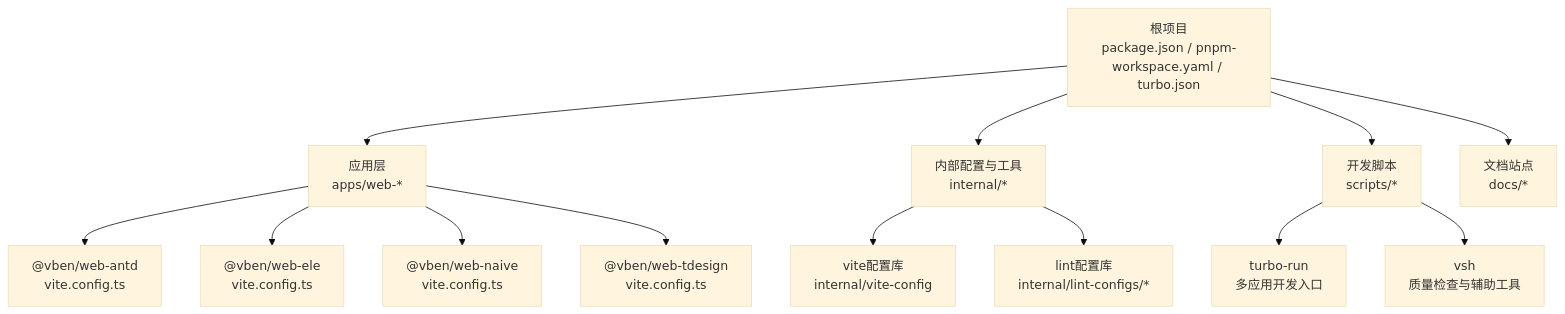
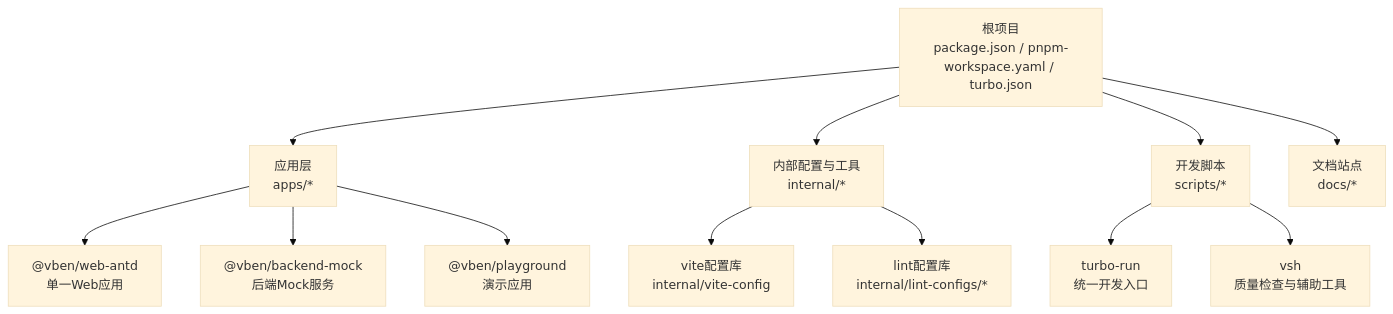
One commit to liuyinzhong/hive changed the first of 7 diagrams in .qoder/repowiki/zh/content/应用开发/开发工作流.md. Above: the diagram before and after it, drawn with Mermaid (base theme). The commit also changed other lines of this file and 6 other files, not shown here.

````diff
--- a/.qoder/repowiki/zh/content/应用开发/开发工作流.md
+++ b/.qoder/repowiki/zh/content/应用开发/开发工作流.md
@@ -37,15 +50,14 @@
 ```mermaid
 graph TB
-Root["根项目<br/>package.json / pnpm-workspace.yaml / turbo.json"] --> Apps["应用层<br/>apps/web-*"]
+Root["根项目<br/>package.json / pnpm-workspace.yaml / turbo.json"] --> Apps["应用层<br/>apps/*"]
 Root --> Internal["内部配置与工具<br/>internal/*"]
 Root --> Scripts["开发脚本<br/>scripts/*"]
 Root --> Docs["文档站点<br/>docs/*"]
-Apps --> WebAntd["@vben/web-antd<br/>vite.config.ts"]
-Apps --> WebEle["@vben/web-ele<br/>vite.config.ts"]
-Apps --> WebNaive["@vben/web-naive<br/>vite.config.ts"]
-Apps --> WebTDesign["@vben/web-tdesign<br/>vite.config.ts"]
+Apps --> WebAntd["@vben/web-antd<br/>单一Web应用"]
+Apps --> BackendMock["@vben/backend-mock<br/>后端Mock服务"]
+Apps --> Playground["@vben/playground<br/>演示应用"]
 Internal --> ViteCfg["vite配置库<br/>internal/vite-config"]
 Internal --> LintCfg["lint配置库<br/>internal/lint-configs/*"]
-Scripts --> TurboRun["turbo-run<br/>多应用开发入口"]
+Scripts --> TurboRun["turbo-run<br/>统一开发入口"]
 Scripts --> VSH["vsh<br/>质量检查与辅助工具"]
 ```
````
